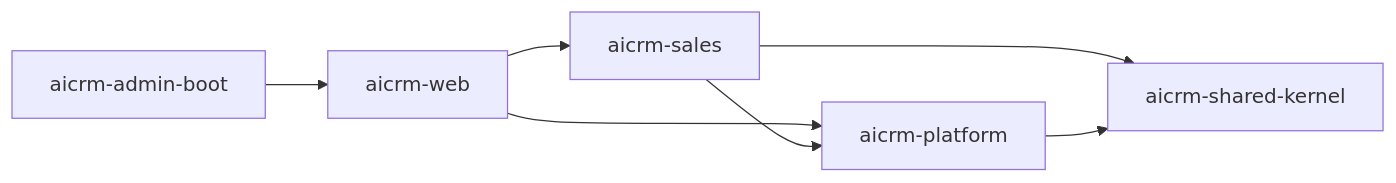
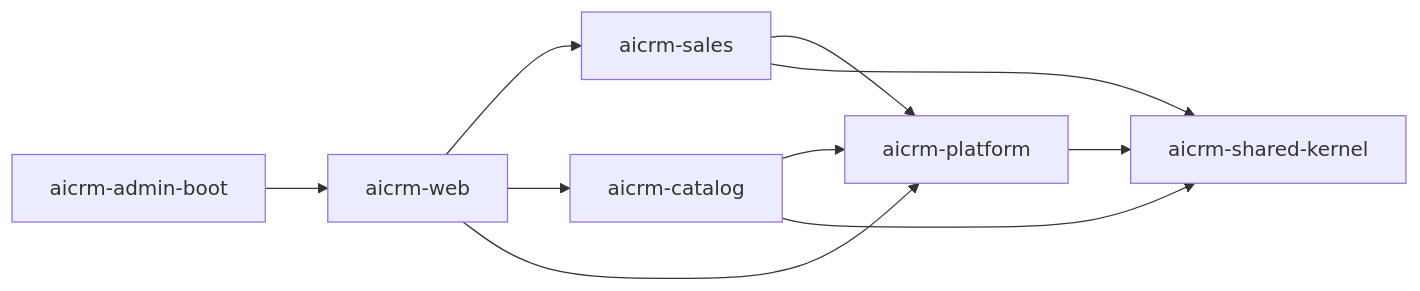
One commit to Squirtles331/AiCRM changed the diagram in docs/architecture/module-boundaries.md. Above: the diagram before and after it, drawn with Mermaid. The commit also changed other lines of this file and 24 other files, not shown here.

````diff
--- a/docs/architecture/module-boundaries.md
+++ b/docs/architecture/module-boundaries.md
@@ -5,9 +5,12 @@
 ```mermaid
 flowchart LR
   boot["aicrm-admin-boot"] --> web["aicrm-web"]
   web --> sales["aicrm-sales"]
+  web --> catalog["aicrm-catalog"]
   web --> platform["aicrm-platform"]
   sales --> platform
+  catalog --> platform
   sales --> kernel["aicrm-shared-kernel"]
+  catalog --> kernel
   platform --> kernel
 ```
````
